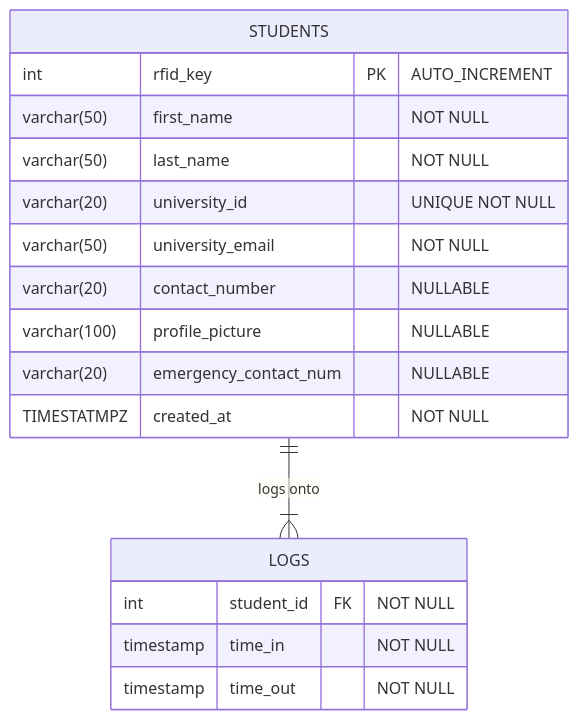
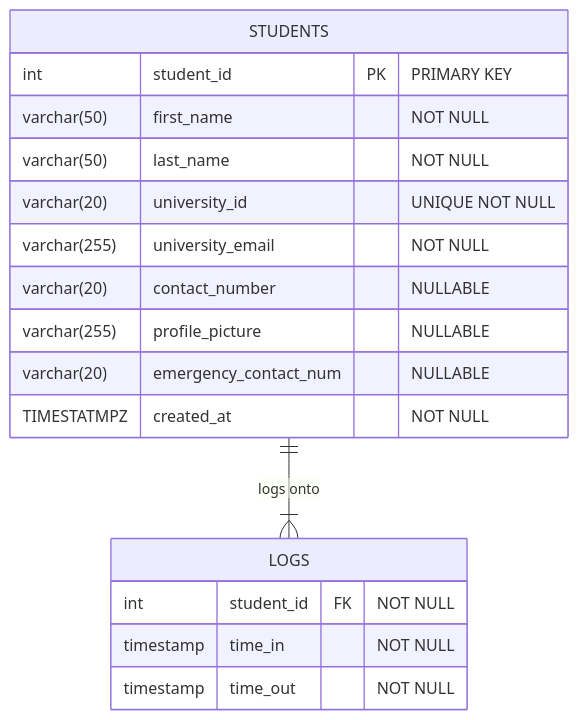
The diagram in ERD.mmd (ThomasDelamort/NU-SIS), drawn with Mermaid before and after one commit.

Commit message:
Backend and Frontend

```diff
--- a/ERD.mmd
+++ b/ERD.mmd
@@ -1,20 +1,20 @@
 erDiagram
     STUDENTS {
-        int rfid_key PK "AUTO_INCREMENT"
+        int student_id PK "PRIMARY KEY"
         varchar(50) first_name "NOT NULL"
         varchar(50) last_name "NOT NULL"
         varchar(20) university_id "UNIQUE NOT NULL"
-        varchar(50) university_email "NOT NULL"
+        varchar(255) university_email "NOT NULL"
         varchar(20) contact_number "NULLABLE"
-        varchar(100) profile_picture "NULLABLE"
+        varchar(255) profile_picture "NULLABLE"
         varchar(20) emergency_contact_num "NULLABLE"
         TIMESTATMPZ created_at "NOT NULL"  
     }
 
     LOGS {
         int student_id FK "NOT NULL"
         timestamp time_in "NOT NULL"
         timestamp time_out "NOT NULL"
     }
 
     STUDENTS||--|{LOGS:"logs onto"
```
